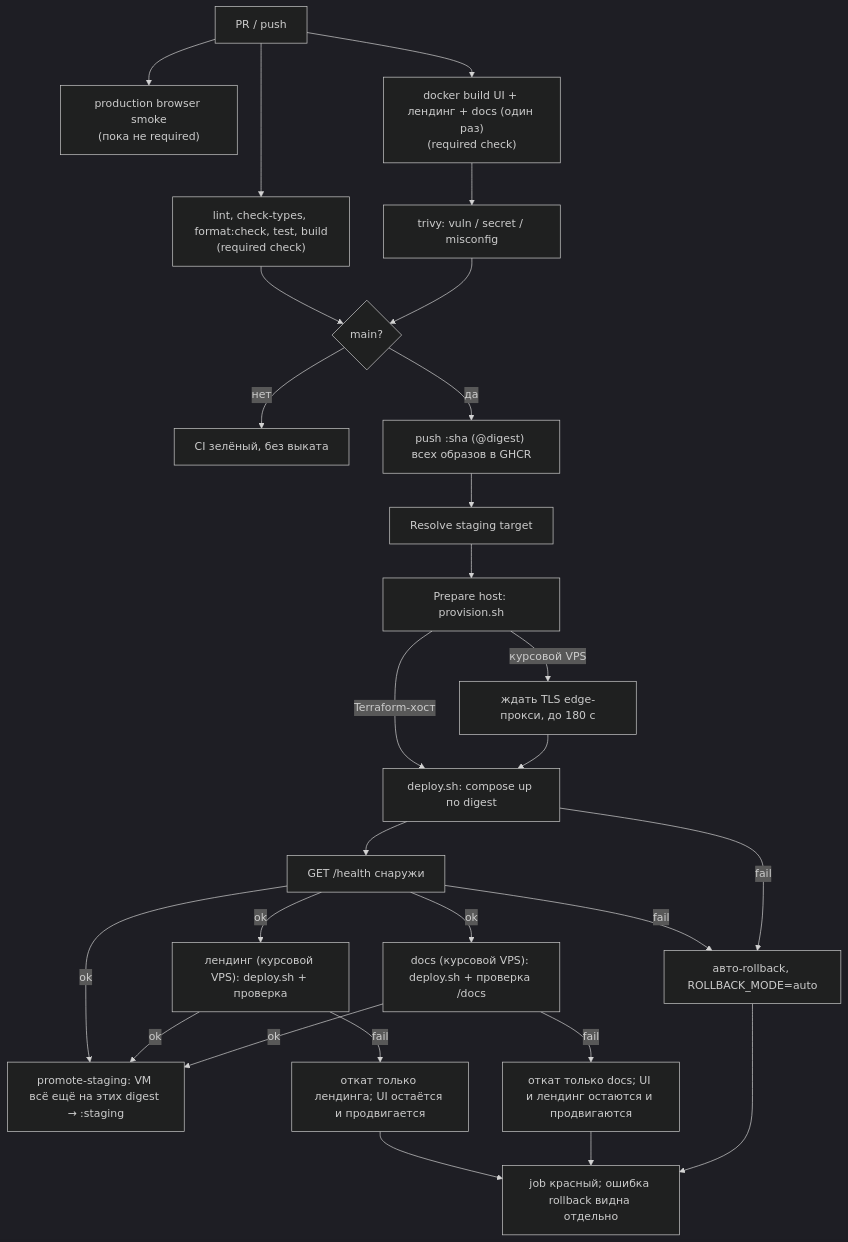
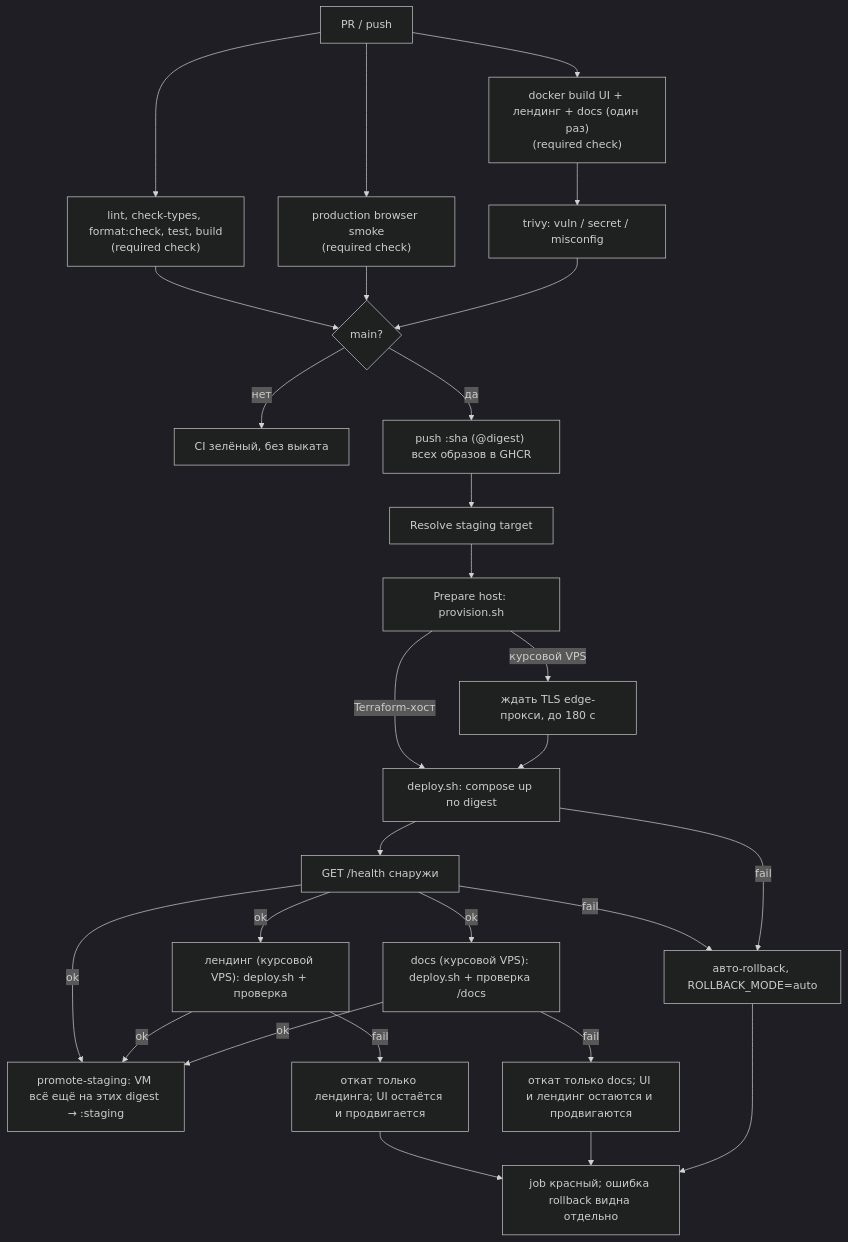
One commit to larchanka-training/dmc-268-ui-t6 changed the diagram in docs/CICD.md. Above: the diagram before and after it, drawn with Mermaid (dark theme). The commit also changed other lines of this file and 1 other file, not shown here.

First line of the commit message:
ci: hold the image push until the browser smoke is green (#277) (#287)

````diff
--- a/docs/CICD.md
+++ b/docs/CICD.md
@@ -15,29 +15,30 @@
 ```mermaid
 flowchart TD
   pr["PR / push"] --> quality["lint, check-types, format:check, test, build<br/>(required check)"]
-  pr --> smoke["production browser smoke<br/>(пока не required)"]
+  pr --> smoke["production browser smoke<br/>(required check)"]
   pr --> build["docker build UI + лендинг + docs (один раз)<br/>(required check)"]
   build --> scan["trivy: vuln / secret / misconfig"]
   quality --> gate{"main?"}
+  smoke --> gate
   scan --> gate
   gate -->|нет| stop["CI зелёный, без выката"]
   gate -->|да| push["push :sha (@digest) всех образов в GHCR"]
   push --> target["Resolve staging target"]
   target --> prep["Prepare host: provision.sh"]
   prep -->|Terraform-хост| deploy["deploy.sh: compose up по digest"]
   prep -->|курсовой VPS| tls["ждать TLS edge-прокси, до 180 с"]
   tls --> deploy
   deploy --> health["GET /health снаружи"]
   health -->|ok| landing["лендинг (курсовой VPS): deploy.sh + проверка"]
   health -->|ok| promote["promote-staging: VM всё ещё на этих digest → :staging"]
   landing -->|ok| promote
   landing -->|fail| rbl["откат только лендинга; UI остаётся и продвигается"]
   rbl --> fail
   health -->|ok| docs["docs (курсовой VPS): deploy.sh + проверка /docs"]
   docs -->|ok| promote
   docs -->|fail| rbd["откат только docs; UI и лендинг остаются и продвигаются"]
   rbd --> fail
   health -->|fail| rb["авто-rollback, ROLLBACK_MODE=auto"]
   deploy -->|fail| rb
   rb --> fail["job красный; ошибка rollback видна отдельно"]
 ```
````
